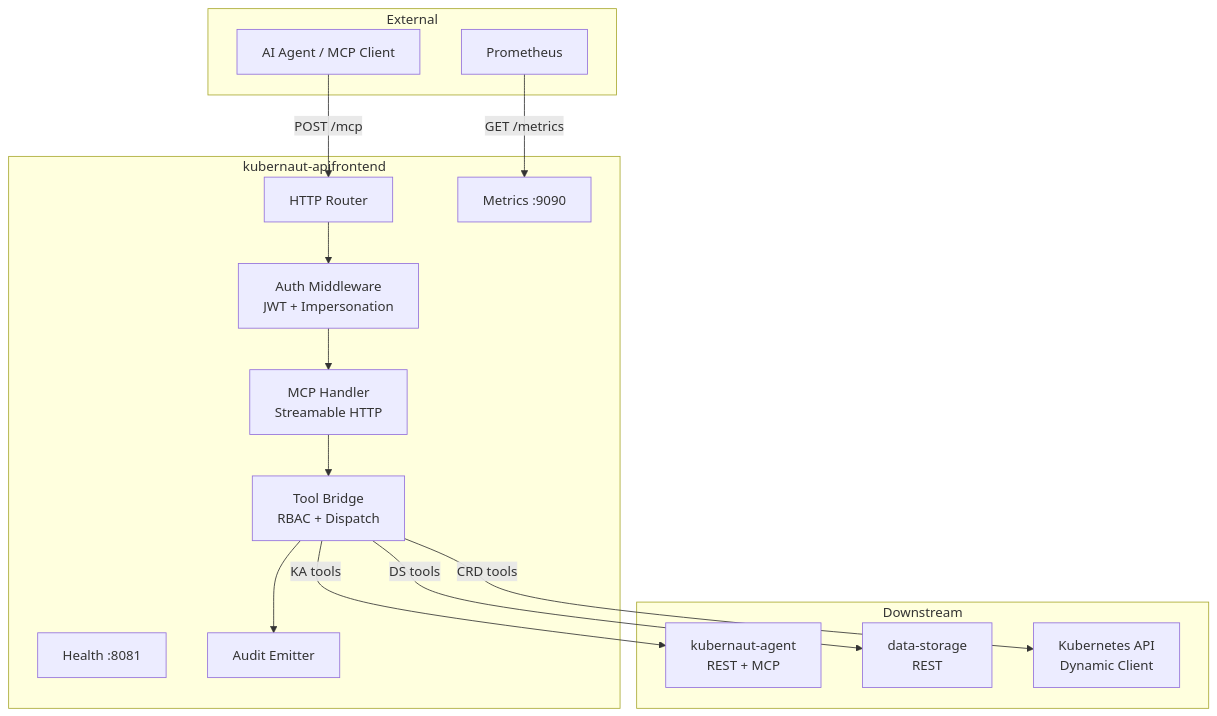
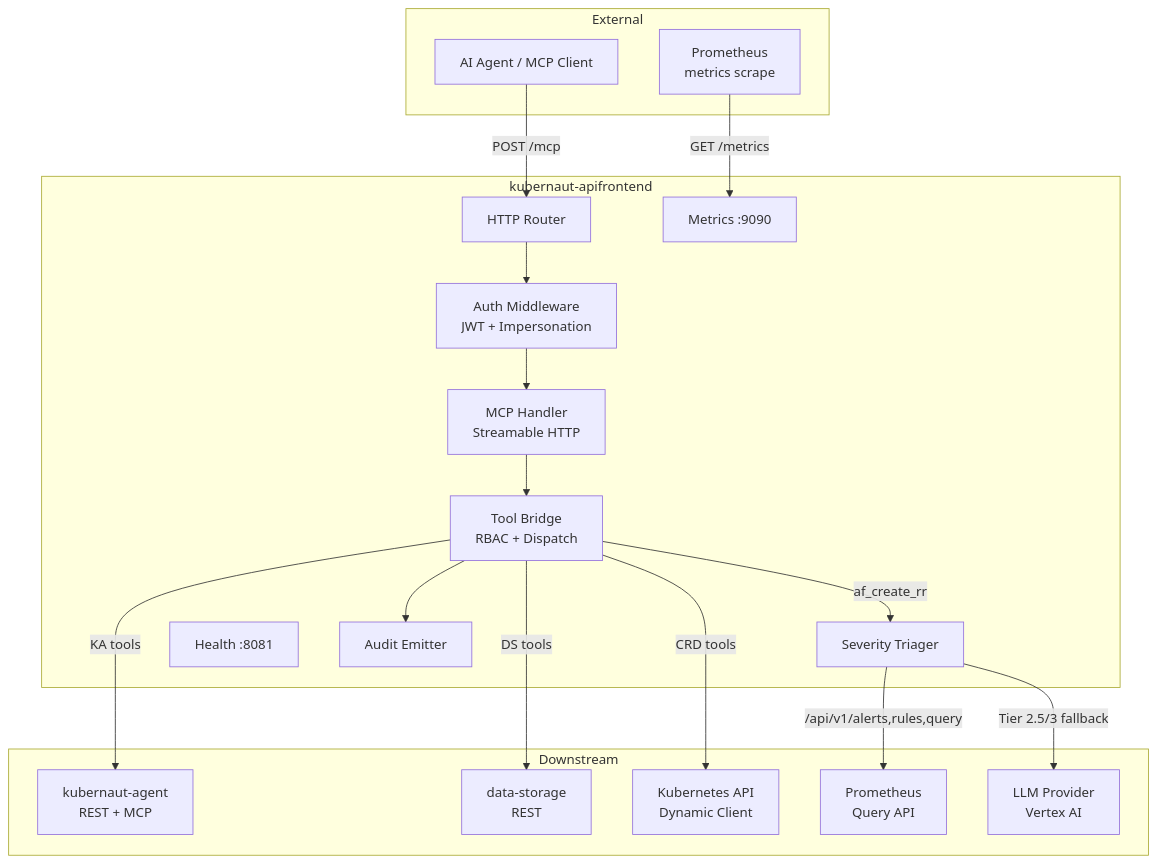
One commit to jordigilh/kubernaut changed the first of 3 diagrams in docs/design/DATA_FLOW.md. Above: the diagram before and after it, drawn with Mermaid. The commit also changed other lines of this file and 8 other files, not shown here.

````diff
--- a/docs/design/DATA_FLOW.md
+++ b/docs/design/DATA_FLOW.md
@@ -5,33 +5,39 @@
 ```mermaid
 graph TB
     subgraph External
         Agent[AI Agent / MCP Client]
-        Prom[Prometheus]
+        PromScrape[Prometheus<br/>metrics scrape]
     end
 
     subgraph kubernaut-apifrontend
         Router[HTTP Router]
         Auth[Auth Middleware<br/>JWT + Impersonation]
         MCP[MCP Handler<br/>Streamable HTTP]
         Bridge[Tool Bridge<br/>RBAC + Dispatch]
+        Triager[Severity Triager]
         Metrics[Metrics :9090]
         Health[Health :8081]
         Audit[Audit Emitter]
     end
 
     subgraph Downstream
         KA[kubernaut-agent<br/>REST + MCP]
         DS[data-storage<br/>REST]
         K8s[Kubernetes API<br/>Dynamic Client]
+        PromAPI[Prometheus<br/>Query API]
+        LLMProv[LLM Provider<br/>Vertex AI]
     end
 
     Agent -->|POST /mcp| Router
     Router --> Auth
     Auth --> MCP
     MCP --> Bridge
     Bridge -->|CRD tools| K8s
     Bridge -->|KA tools| KA
     Bridge -->|DS tools| DS
+    Bridge -->|af_create_rr| Triager
+    Triager -->|/api/v1/alerts,rules,query| PromAPI
+    Triager -->|Tier 2.5/3 fallback| LLMProv
     Bridge --> Audit
-    Prom -->|GET /metrics| Metrics
+    PromScrape -->|GET /metrics| Metrics
 ```
````
